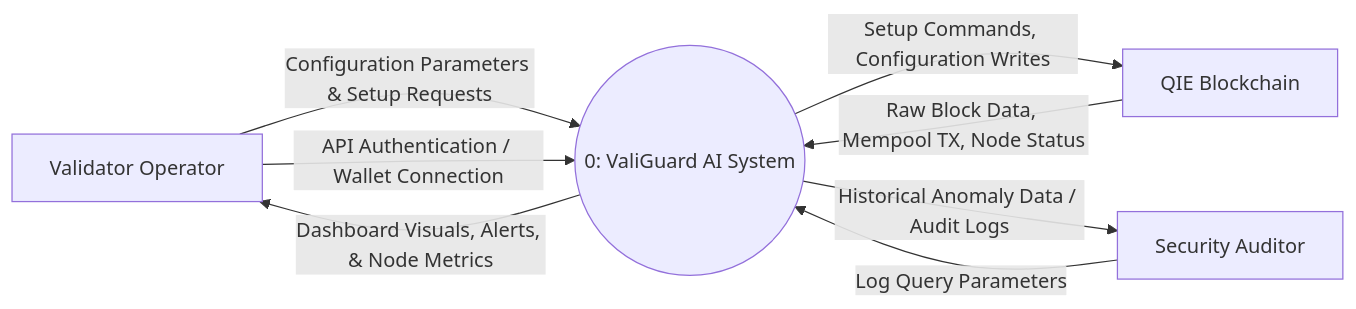
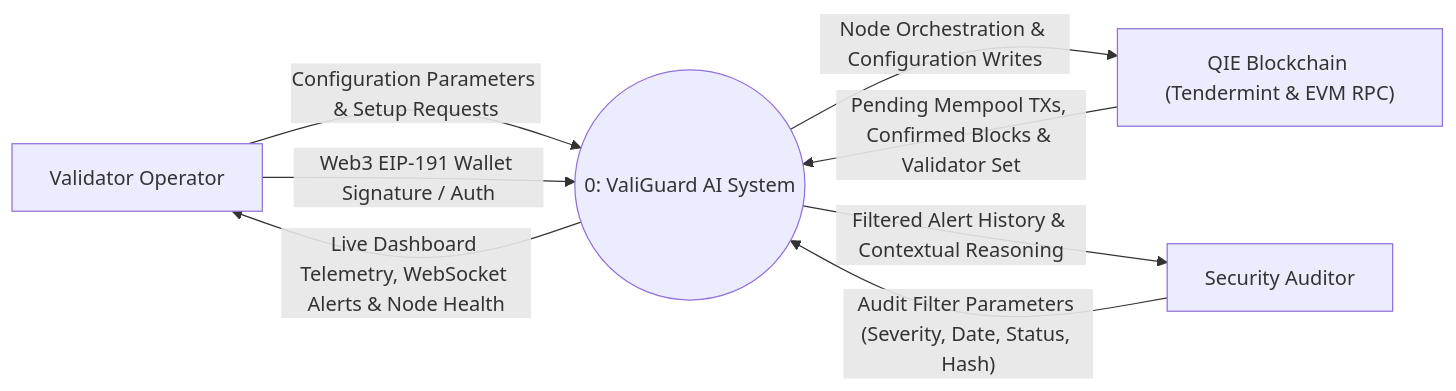
Before and after one commit to sheikhrehanseo/ValiGuard-Project-Main: the eighth of 23 diagrams in ValiGuard_Docs/ValiGuard_AI_Phase_1_Documentation.md, drawn with Mermaid. The commit also changed other lines of this file and 16 other files, not shown here.

Commit message:
feat: integrate EVM block telemetry, enhance demo mode mock data, and clean up legacy frontend

````diff
--- a/ValiGuard_Docs/ValiGuard_AI_Phase_1_Documentation.md
+++ b/ValiGuard_Docs/ValiGuard_AI_Phase_1_Documentation.md
@@ -692,23 +708,23 @@
 ```mermaid
 flowchart LR
 
 %% External Entities
 VO["Validator Operator"]
-BC["QIE Blockchain"]
+BC["QIE Blockchain (Tendermint & EVM RPC)"]
 SA["Security Auditor"]
 
 %% Main Process
 VG(("0: ValiGuard AI System"))
 
 %% Data Flows
 VO -->|"Configuration Parameters & Setup Requests"| VG
-VO -->|"API Authentication / Wallet Connection"| VG
+VO -->|"Web3 EIP-191 Wallet Signature / Auth"| VG
 
-VG -->|"Dashboard Visuals, Alerts, & Node Metrics"| VO
+VG -->|"Live Dashboard Telemetry, WebSocket Alerts & Node Health"| VO
 
-BC -->|"Raw Block Data, Mempool TX, Node Status"| VG
-VG -->|"Setup Commands, Configuration Writes"| BC
+BC -->|"Pending Mempool TXs, Confirmed Blocks & Validator Set"| VG
+VG -->|"Node Orchestration & Configuration Writes"| BC
 
-VG -->|"Historical Anomaly Data / Audit Logs"| SA
-SA -->|"Log Query Parameters"| VG
+VG -->|"Filtered Alert History & Contextual Reasoning"| SA
+SA -->|"Audit Filter Parameters (Severity, Date, Status, Hash)"| VG
 ```
````
